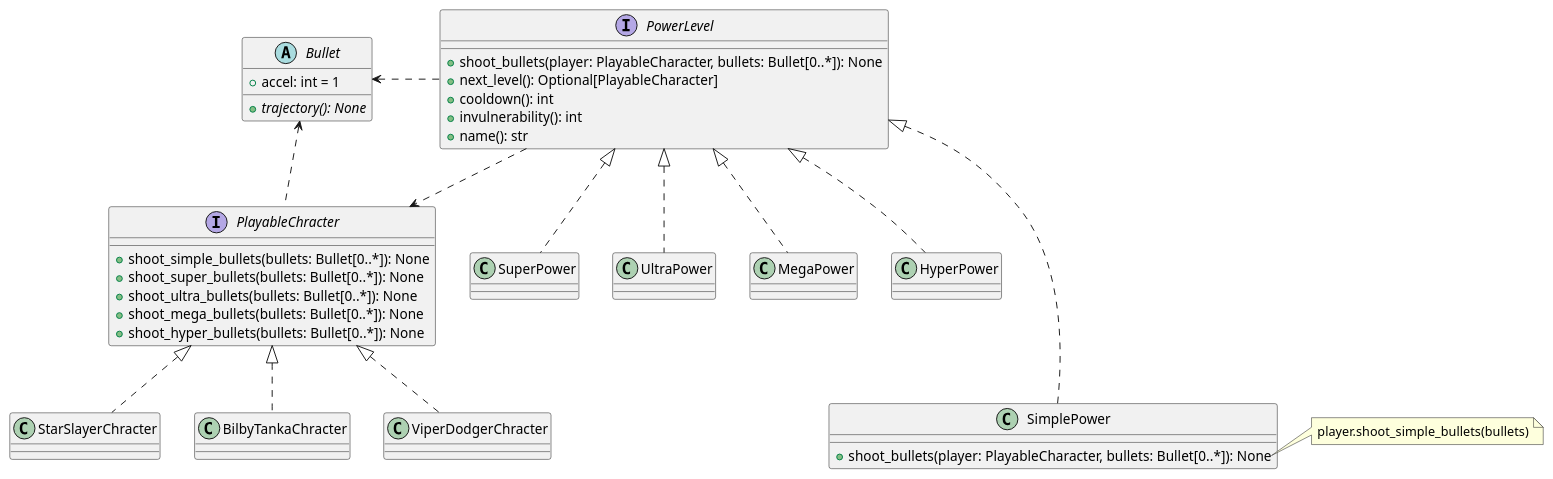
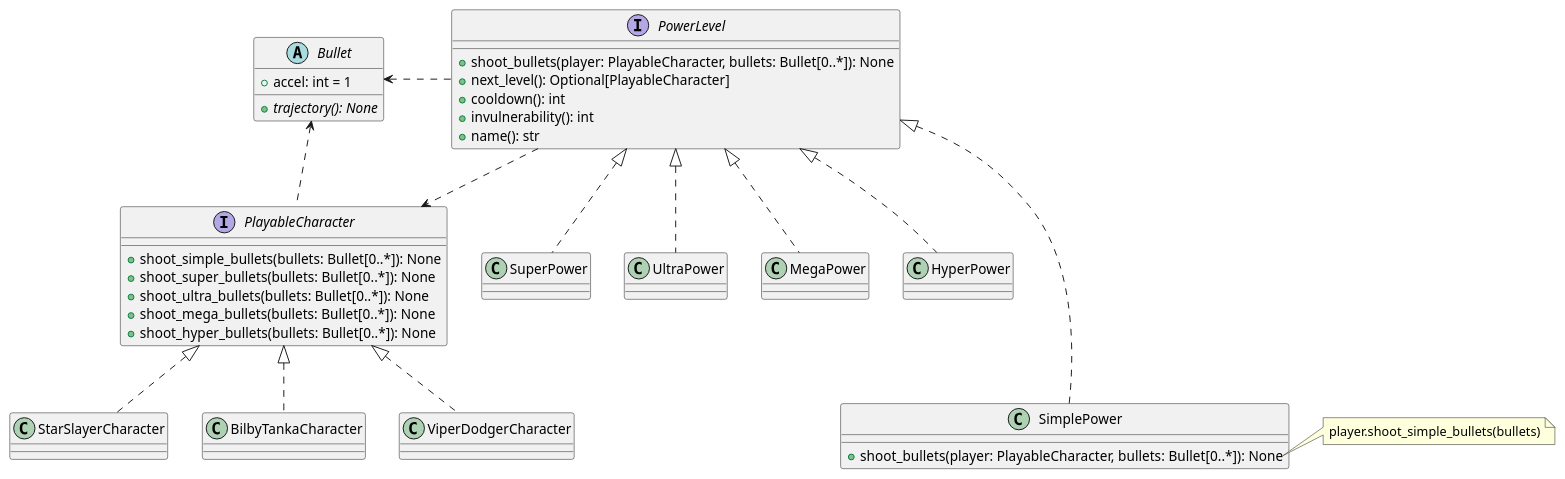
The diagram in media/diagrams/class diagrams/powerup_system.puml (NLGS2907/Star_Slayer-Win), drawn with PlantUML before and after one commit. The commit also changed 65 other files, not shown here.

```diff
--- a/media/diagrams/class diagrams/powerup_system.puml
+++ b/media/diagrams/class diagrams/powerup_system.puml
@@ -1,46 +1,46 @@
 @startuml Starslayer Powerup System
 
 abstract class Bullet {
     + accel: int = 1
     {abstract} + trajectory(): None
 }
 
-interface PlayableChracter {
+interface PlayableCharacter {
     + shoot_simple_bullets(bullets: Bullet[0..*]): None
     + shoot_super_bullets(bullets: Bullet[0..*]): None
     + shoot_ultra_bullets(bullets: Bullet[0..*]): None
     + shoot_mega_bullets(bullets: Bullet[0..*]): None
     + shoot_hyper_bullets(bullets: Bullet[0..*]): None
 }
 
-PlayableChracter .up.> Bullet
+PlayableCharacter .up.> Bullet
 
-class StarSlayerChracter implements PlayableChracter
-class BilbyTankaChracter implements PlayableChracter
-class ViperDodgerChracter implements PlayableChracter
+class StarSlayerCharacter implements PlayableCharacter
+class BilbyTankaCharacter implements PlayableCharacter
+class ViperDodgerCharacter implements PlayableCharacter
 
 interface PowerLevel {
     + shoot_bullets(player: PlayableCharacter, bullets: Bullet[0..*]): None
     + next_level(): Optional[PlayableCharacter]
     + cooldown(): int
     + invulnerability(): int
     + name(): str
 }
 
-PowerLevel .down.> PlayableChracter
+PowerLevel .down.> PlayableCharacter
 PowerLevel .left.> Bullet
 
 class SimplePower {
     + shoot_bullets(player: PlayableCharacter, bullets: Bullet[0..*]): None
 }
 SimplePower .up..|> PowerLevel
 class SuperPower implements PowerLevel
 class UltraPower implements PowerLevel
 class MegaPower implements PowerLevel
 class HyperPower implements PowerLevel
 
 note right of SimplePower::shoot_bullets
     player.shoot_simple_bullets(bullets)
 end note
 
 @enduml
```
